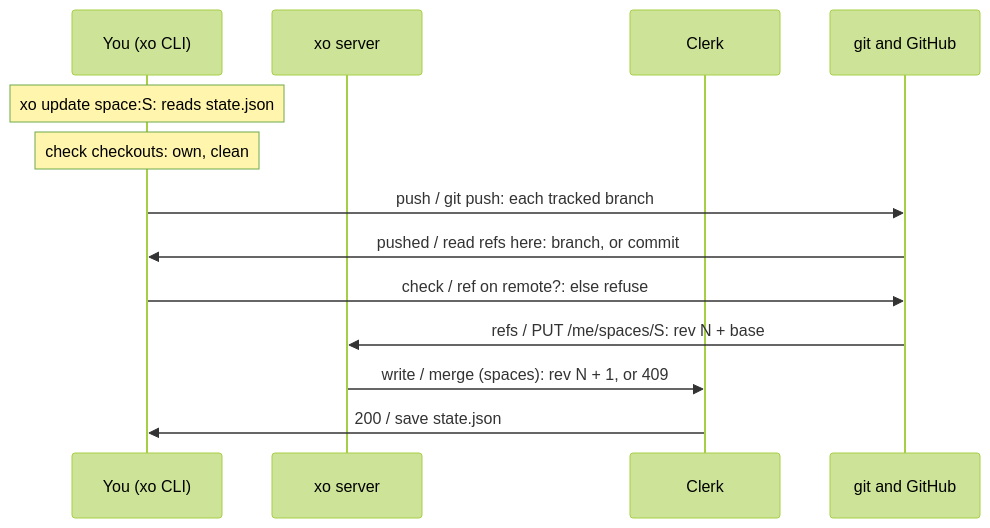
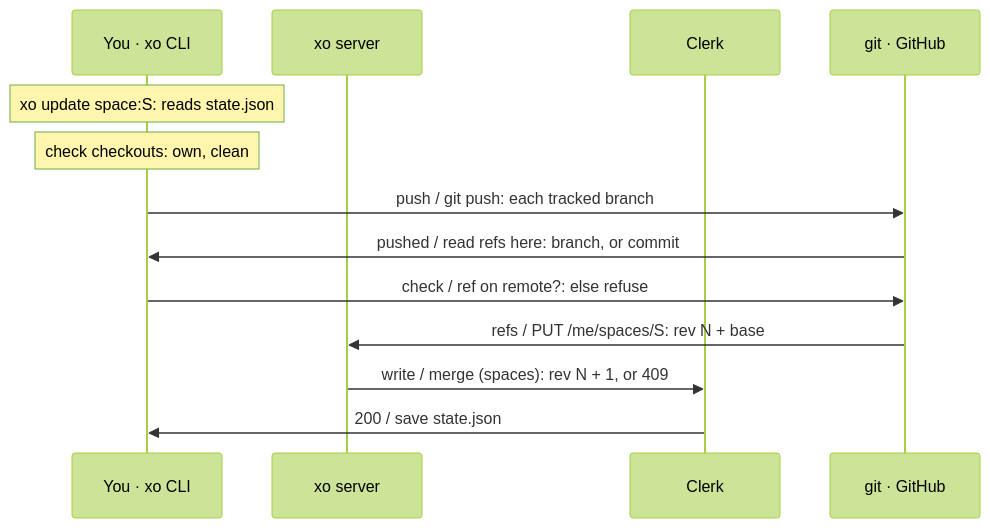
Diagram 19 of 30 in docs/architecture.md (quirq-ai/xo), drawn with Mermaid (forest theme) before and after one commit. The commit also changed other lines of this file and 13 other files, not shown here.

````diff
--- a/docs/architecture.md
+++ b/docs/architecture.md
@@ -376,15 +391,15 @@
 ```mermaid
 sequenceDiagram
-  participant CLI as You (xo CLI)
-  participant Server as xo server
+  participant Cli as You · xo CLI
+  participant Srv as xo server
   participant Clerk as Clerk
-  participant Git as git and GitHub
-  Note over CLI: xo update space:S: reads state.json
-  Note over CLI: check checkouts: own, clean
-  CLI->>Git: push / git push: each tracked branch
-  Git->>CLI: pushed / read refs here: branch, or commit
-  CLI->>Git: check / ref on remote?: else refuse
-  Git->>Server: refs / PUT /me/spaces/S: rev N + base
-  Server->>Clerk: write / merge (spaces): rev N + 1, or 409
-  Clerk->>CLI: 200 / save state.json
+  participant Git as git · GitHub
+  Note over Cli: xo update space:S: reads state.json
+  Note over Cli: check checkouts: own, clean
+  Cli->>Git: push / git push: each tracked branch
+  Git->>Cli: pushed / read refs here: branch, or commit
+  Cli->>Git: check / ref on remote?: else refuse
+  Git->>Srv: refs / PUT /me/spaces/S: rev N + base
+  Srv->>Clerk: write / merge (spaces): rev N + 1, or 409
+  Clerk->>Cli: 200 / save state.json
 ```
````
